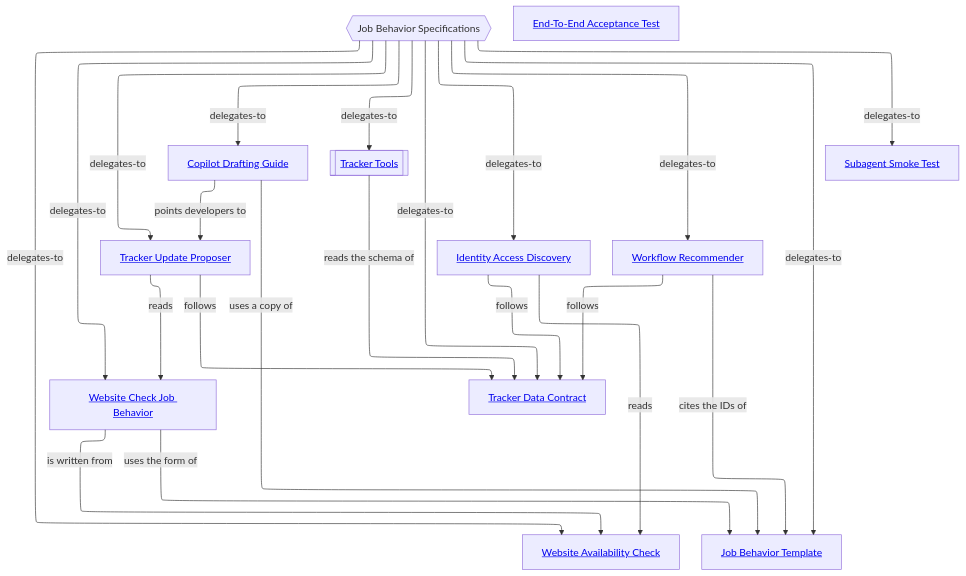
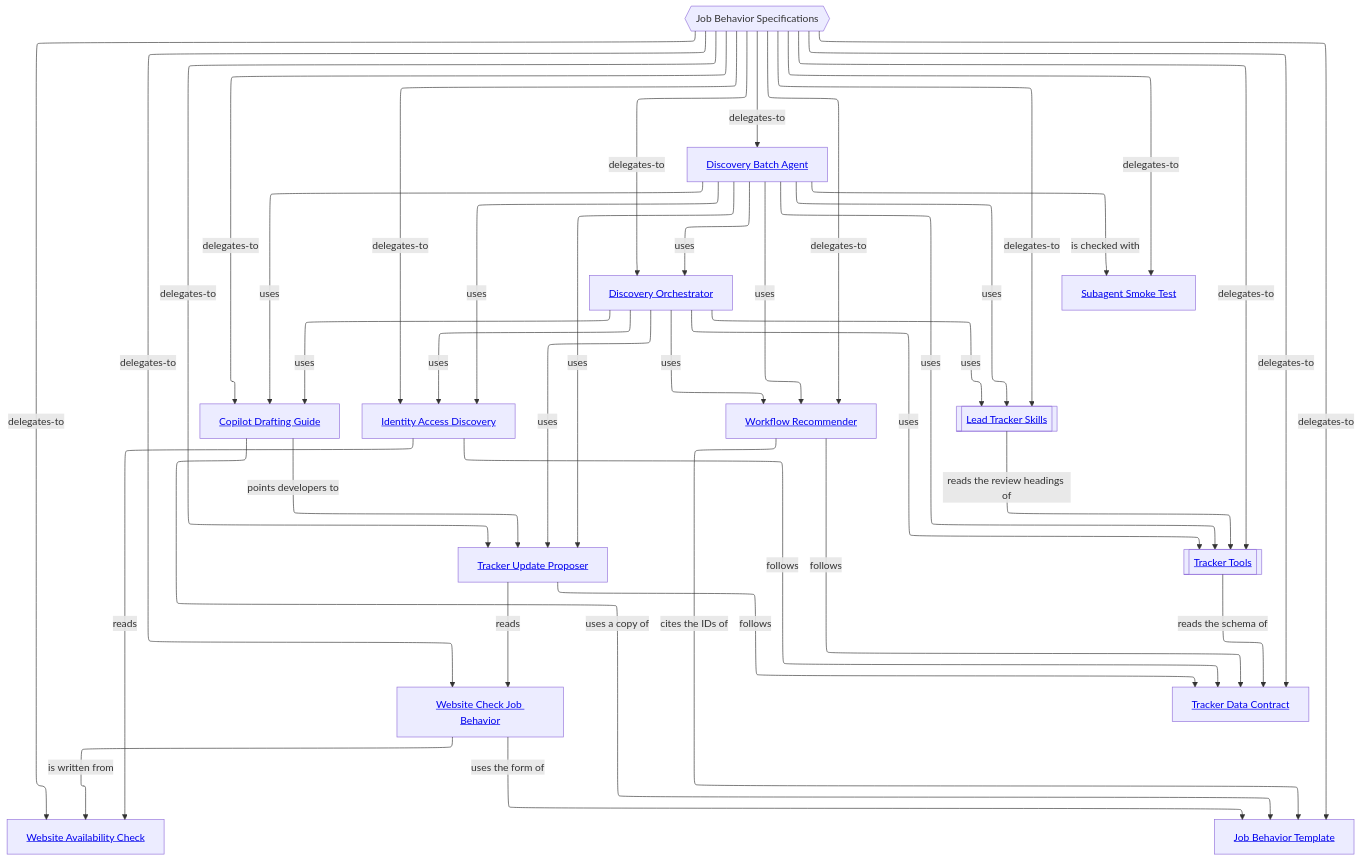
The first of 2 diagrams in README.md (vrparthasarathy/migration-job-discovery), drawn with Mermaid before and after one commit. The commit also changed other lines of this file and 143 other files, not shown here.

````diff
--- a/README.md
+++ b/README.md
@@ -44,41 +43,61 @@
 ```mermaid
 ---
 config:
   layout: elk
 ---
 %%{init: {"securityLevel": "loose"}}%%
 flowchart TB
   root{{"Job Behavior Specifications"}}
   check["<a href='website-availability-check/README.md#diagram'>Website Availability Check</a>"]
   tmpl["<a href='job-behavior-template/README.md#diagram'>Job Behavior Template</a>"]
   ref["<a href='website-check-job-behavior/README.md#diagram'>Website Check Job Behavior</a>"]
   guide["<a href='copilot-drafting-guide/README.md#diagram'>Copilot Drafting Guide</a>"]
   contract["<a href='tracker-data-contract/README.md#diagram'>Tracker Data Contract</a>"]
   proposer["<a href='tracker-update-proposer/README.md#diagram'>Tracker Update Proposer</a>"]
   access["<a href='identity-access-discovery/README.md#diagram'>Identity Access Discovery</a>"]
   recommender["<a href='workflow-recommender/README.md#diagram'>Workflow Recommender</a>"]
   tools[["<a href='tracker-tools/README.md#diagram'>Tracker Tools</a>"]]
+  orch["<a href='discovery-orchestrator/README.md#diagram'>Discovery Orchestrator</a>"]
+  skills[["<a href='lead-tracker-skills/README.md#diagram'>Lead Tracker Skills</a>"]]
+  batch["<a href='discovery-batch-agent/README.md#diagram'>Discovery Batch Agent</a>"]
   smoke["<a href='subagent-smoke-test/README.md#design'>Subagent Smoke Test</a>"]
-  e2e["<a href='end-to-end-acceptance-test/README.md#planned-diagram'>End-To-End Acceptance Test</a>"]:::planned
   root -->|delegates-to| check
   root -->|delegates-to| tmpl
   root -->|delegates-to| ref
   root -->|delegates-to| guide
   root -->|delegates-to| contract
   root -->|delegates-to| proposer
   root -->|delegates-to| access
   root -->|delegates-to| recommender
   root -->|delegates-to| tools
+  root -->|delegates-to| orch
+  root -->|delegates-to| skills
+  root -->|delegates-to| batch
   root -->|delegates-to| smoke
   ref -->|"uses the form of"| tmpl
   ref -->|"is written from"| check
   guide -->|"uses a copy of"| tmpl
   guide -->|"points developers to"| proposer
   proposer -->|"follows"| contract
   access -->|"follows"| contract
   recommender -->|"follows"| contract
   tools -->|"reads the schema of"| contract
   proposer -->|"reads"| ref
   access -->|"reads"| check
   recommender -->|"cites the IDs of"| tmpl
+  orch -->|"uses"| proposer
+  orch -->|"uses"| access
+  orch -->|"uses"| guide
+  orch -->|"uses"| recommender
+  orch -->|"uses"| tools
+  orch -->|"uses"| skills
+  skills -->|"reads the review headings of"| tools
+  batch -->|"uses"| proposer
+  batch -->|"uses"| access
+  batch -->|"uses"| guide
+  batch -->|"uses"| recommender
+  batch -->|"uses"| tools
+  batch -->|"uses"| skills
+  batch -->|"uses"| orch
+  batch -->|"is checked with"| smoke
 ```
````
